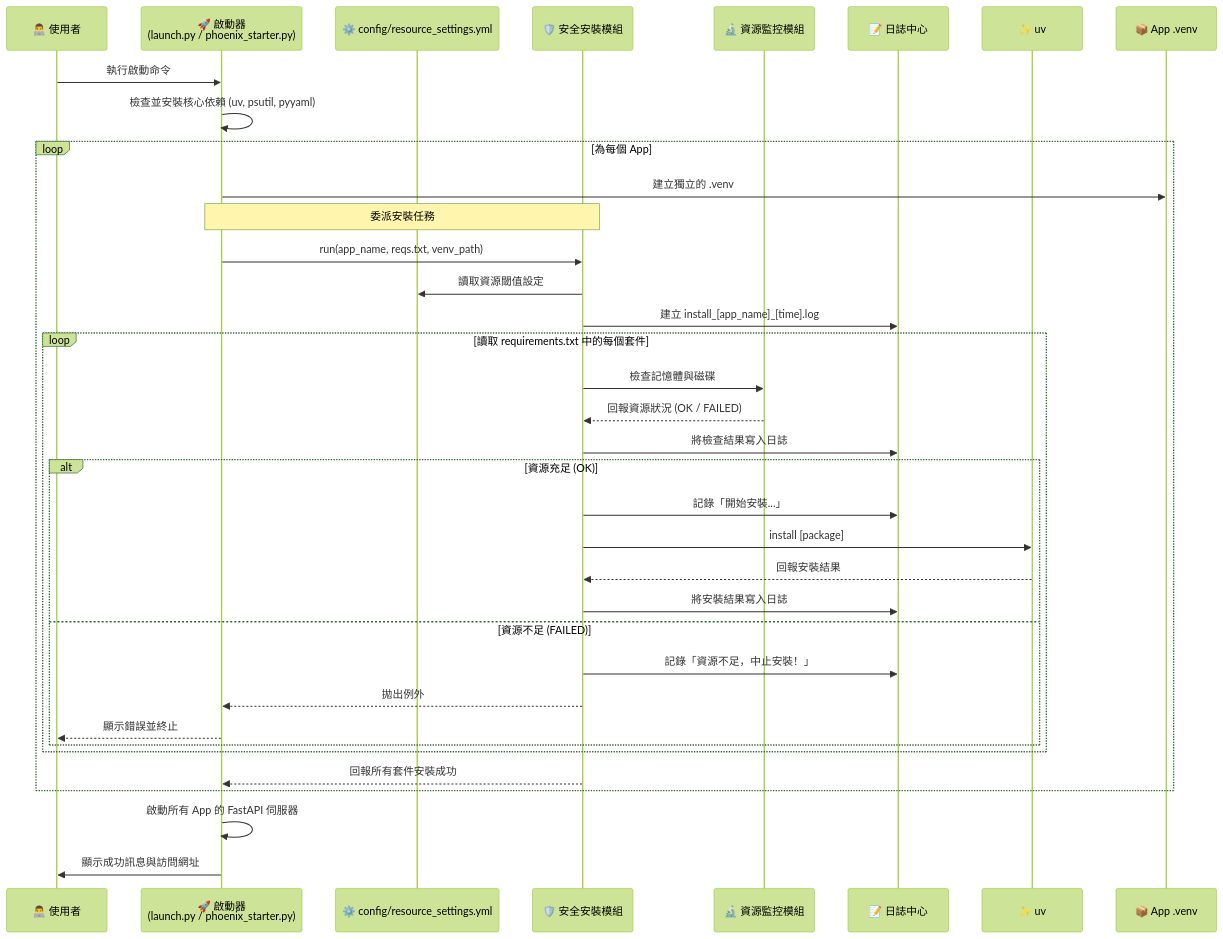
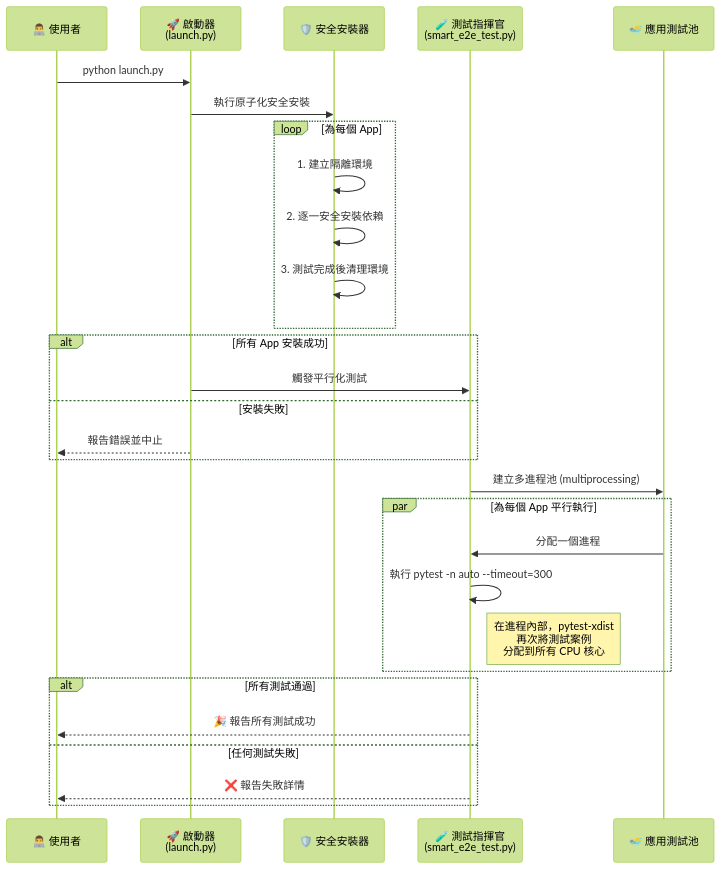
The diagram in docs/ARCHITECTURE.md (hsp1234-web/0721_web), drawn with Mermaid (forest theme) before and after one commit. The commit also changed other lines of this file, not shown here.

First line of the commit message:
docs: 全面重寫 ARCHITECTURE.md 以反映最新架構

````diff
--- a/docs/ARCHITECTURE.md
+++ b/docs/ARCHITECTURE.md
@@ -96,45 +85,38 @@
 ```mermaid
 sequenceDiagram
     participant User as 👨‍💻 使用者
-    participant Starter as 🚀 啟動器<br>(launch.py / phoenix_starter.py)
-    participant Config as ⚙️ config/resource_settings.yml
-    participant SafeInstaller as 🛡️ 安全安裝模組
-    participant Monitor as 🔬 資源監控模組
-    participant Logger as 📝 日誌中心
-    participant UV as ✨ uv
-    participant AppVenv as 📦 App .venv
+    participant Starter as 🚀 啟動器<br>(launch.py)
+    participant SafeInstaller as 🛡️ 安全安裝器
+    participant TestCommander as 🧪 測試指揮官<br>(smart_e2e_test.py)
+    participant AppPool as 🏊‍♂️ 應用測試池
 
-    User->>Starter: 執行啟動命令
-    Starter->>Starter: 檢查並安裝核心依賴 (uv, psutil, pyyaml)
+    User->>Starter: python launch.py
+
+    Starter->>SafeInstaller: 執行原子化安全安裝
 
     loop 為每個 App
-        Starter->>AppVenv: 建立獨立的 .venv
-
-        Note over Starter, SafeInstaller: 委派安裝任務
-        Starter->>SafeInstaller: run(app_name, reqs.txt, venv_path)
-
-        SafeInstaller->>Config: 讀取資源閾值設定
-        SafeInstaller->>Logger: 建立 install_[app_name]_[time].log
-
-        loop 讀取 requirements.txt 中的每個套件
-            SafeInstaller->>Monitor: 檢查記憶體與磁碟
-            Monitor-->>SafeInstaller: 回報資源狀況 (OK / FAILED)
-            SafeInstaller->>Logger: 將檢查結果寫入日誌
-
-            alt 資源充足 (OK)
-                SafeInstaller->>Logger: 記錄「開始安裝...」
-                SafeInstaller->>UV: install [package]
-                UV-->>SafeInstaller: 回報安裝結果
-                SafeInstaller->>Logger: 將安裝結果寫入日誌
-            else 資源不足 (FAILED)
-                SafeInstaller->>Logger: 記錄「資源不足，中止安裝！」
-                SafeInstaller-->>Starter: 拋出例外
-                Starter-->>User: 顯示錯誤並終止
-            end
-        end
-        SafeInstaller-->>Starter: 回報所有套件安裝成功
+        SafeInstaller->>SafeInstaller: 1. 建立隔離環境
+        SafeInstaller->>SafeInstaller: 2. 逐一安全安裝依賴
+        SafeInstaller->>SafeInstaller: 3. 測試完成後清理環境
     end
 
-    Starter->>Starter: 啟動所有 App 的 FastAPI 伺服器
-    Starter->>User: 顯示成功訊息與訪問網址
+    alt 所有 App 安裝成功
+        Starter->>TestCommander: 觸發平行化測試
+    else 安裝失敗
+        Starter-->>User: 報告錯誤並中止
+    end
+
+    TestCommander->>AppPool: 建立多進程池 (multiprocessing)
+
+    par 為每個 App 平行執行
+        AppPool->>TestCommander: 分配一個進程
+        TestCommander->>TestCommander: 執行 pytest -n auto --timeout=300
+        Note right of TestCommander: 在進程內部，pytest-xdist<br>再次將測試案例<br>分配到所有 CPU 核心
+    end
+
+    alt 所有測試通過
+        TestCommander-->>User: 🎉 報告所有測試成功
+    else 任何測試失敗
+        TestCommander-->>User: ❌ 報告失敗詳情
+    end
 ```
````
